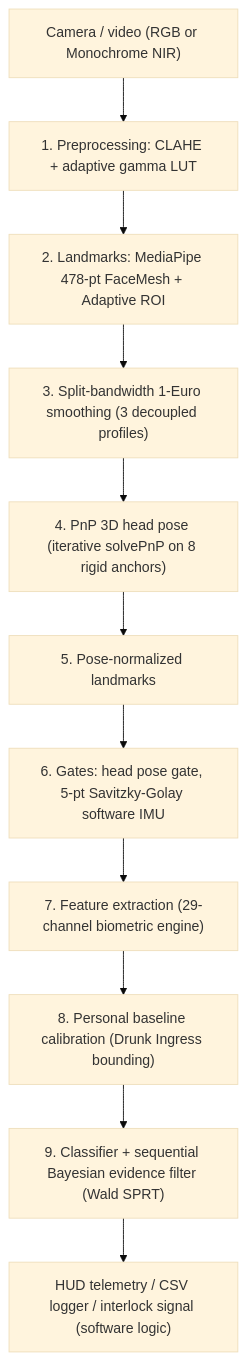
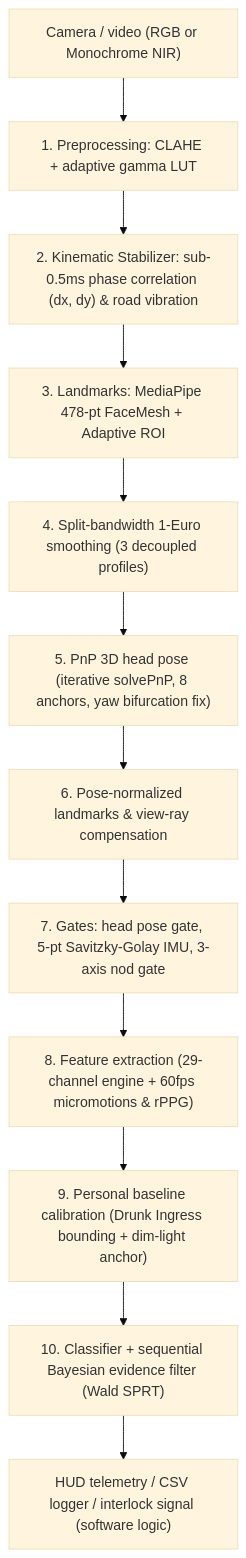
Before and after one commit to Thanos3541R/The_Overclocked: the diagram in README.md, drawn with Mermaid (base theme). The commit also changed other lines of this file, not shown here.

Commit message:
docs: update README with 184 passing tests, kinematic stabilizer, and 60fps micromotions

````diff
--- a/README.md
+++ b/README.md
@@ -39,13 +41,14 @@
 ```mermaid
 flowchart TD
     A["Camera / video (RGB or Monochrome NIR)"] --> B["1. Preprocessing: CLAHE + adaptive gamma LUT"]
-    B --> C["2. Landmarks: MediaPipe 478-pt FaceMesh + Adaptive ROI"]
-    C --> D["3. Split-bandwidth 1-Euro smoothing (3 decoupled profiles)"]
-    D --> E["4. PnP 3D head pose (iterative solvePnP on 8 rigid anchors)"]
-    E --> F["5. Pose-normalized landmarks"]
-    F --> G["6. Gates: head pose gate, 5-pt Savitzky-Golay software IMU"]
-    G --> H["7. Feature extraction (29-channel biometric engine)"]
-    H --> I["8. Personal baseline calibration (Drunk Ingress bounding)"]
-    I --> J["9. Classifier + sequential Bayesian evidence filter (Wald SPRT)"]
+    B --> B2["2. Kinematic Stabilizer: sub-0.5ms phase correlation (dx, dy) & road vibration"]
+    B2 --> C["3. Landmarks: MediaPipe 478-pt FaceMesh + Adaptive ROI"]
+    C --> D["4. Split-bandwidth 1-Euro smoothing (3 decoupled profiles)"]
+    D --> E["5. PnP 3D head pose (iterative solvePnP, 8 anchors, yaw bifurcation fix)"]
+    E --> F["6. Pose-normalized landmarks & view-ray compensation"]
+    F --> G["7. Gates: head pose gate, 5-pt Savitzky-Golay IMU, 3-axis nod gate"]
+    G --> H["8. Feature extraction (29-channel engine + 60fps micromotions & rPPG)"]
+    H --> I["9. Personal baseline calibration (Drunk Ingress bounding + dim-light anchor)"]
+    I --> J["10. Classifier + sequential Bayesian evidence filter (Wald SPRT)"]
     J --> K["HUD telemetry / CSV logger / interlock signal (software logic)"]
 ```
````
